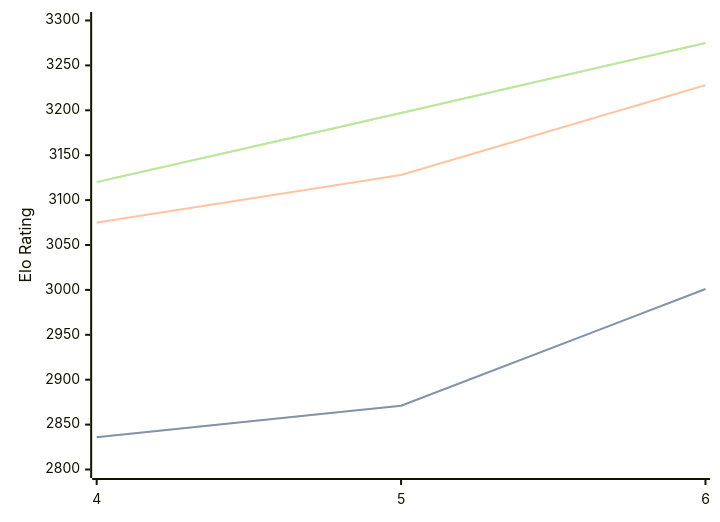
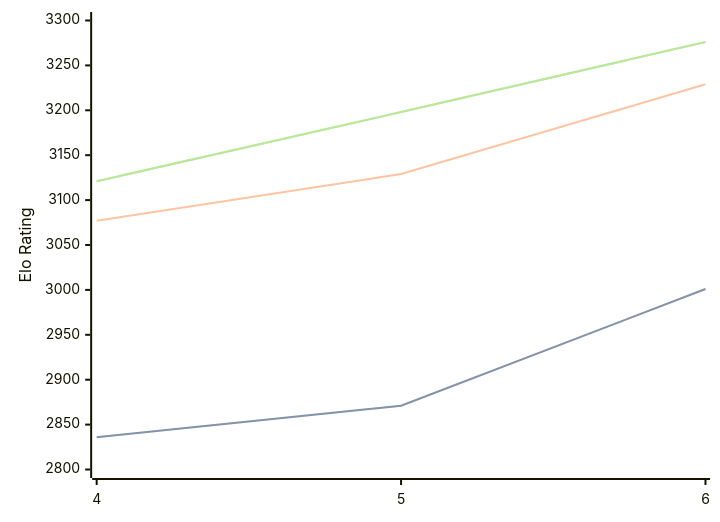
The diagram in engines/Cwtch.md (computer-chess-index/cci), drawn with Mermaid before and after one commit. The commit also changed other lines of this file, not shown here.

Commit message:
Update CCI Ratings (ELO VLTC) - 2026-08-17

````diff
--- a/engines/Cwtch.md
+++ b/engines/Cwtch.md
@@ -34,11 +34,11 @@
 ```mermaid
 %%{init: {"theme":"base","themeVariables":{"seriesColors:['#a3a3a3','#222221','#faa371']}}}%%
 xychart-beta
   x-axis ["4", "5", "6"]
   y-axis "Elo Rating" 2800 --> 3300
   line "STC (8.0+0.08s)" [2836, 2871, 3001]
   line "STC (8.0+0.08s)" [2836, 2871, 3001]
-  line "LTC (60.0+0.60s)" [3075, 3128, 3228]
-  line "VLTC (2m24s+1.12s)" [3120, 3197, 3275]
-  line "VLTC (2m24s+1.12s)" [3120, 3197, 3275]
+  line "LTC (60.0+0.60s)" [3077, 3129, 3229]
+  line "VLTC (2m24s+1.12s)" [3121, 3198, 3276]
+  line "VLTC (2m24s+1.12s)" [3121, 3198, 3276]
 ```
````
